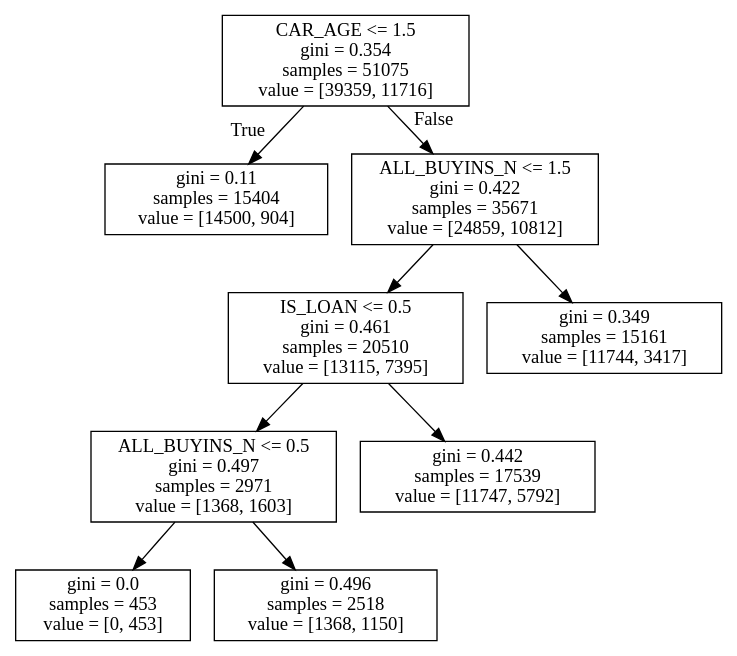
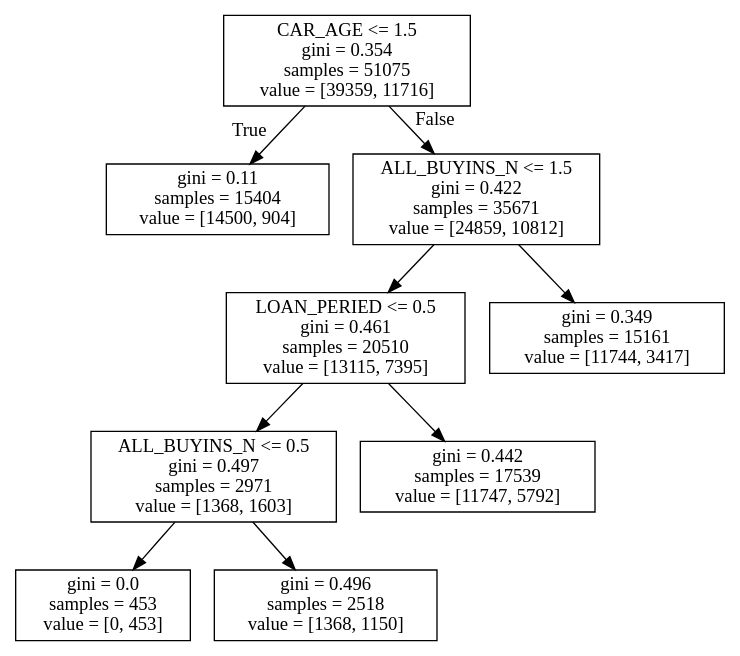
The diagram in tree.dot (fralychen/TianchiData), drawn with Graphviz before and after one commit. The commit also changed 7 other files, not shown here.

```diff
--- a/tree.dot
+++ b/tree.dot
@@ -1,20 +1,20 @@
 digraph Tree {
 node [shape=box] ;
 0 [label="CAR_AGE <= 1.5\ngini = 0.354\nsamples = 51075\nvalue = [39359, 11716]"] ;
 1 [label="gini = 0.11\nsamples = 15404\nvalue = [14500, 904]"] ;
 0 -> 1 [labeldistance=2.5, labelangle=45, headlabel="True"] ;
 2 [label="ALL_BUYINS_N <= 1.5\ngini = 0.422\nsamples = 35671\nvalue = [24859, 10812]"] ;
 0 -> 2 [labeldistance=2.5, labelangle=-45, headlabel="False"] ;
-3 [label="IS_LOAN <= 0.5\ngini = 0.461\nsamples = 20510\nvalue = [13115, 7395]"] ;
+3 [label="LOAN_PERIED <= 0.5\ngini = 0.461\nsamples = 20510\nvalue = [13115, 7395]"] ;
 2 -> 3 ;
 5 [label="ALL_BUYINS_N <= 0.5\ngini = 0.497\nsamples = 2971\nvalue = [1368, 1603]"] ;
 3 -> 5 ;
 7 [label="gini = 0.0\nsamples = 453\nvalue = [0, 453]"] ;
 5 -> 7 ;
 8 [label="gini = 0.496\nsamples = 2518\nvalue = [1368, 1150]"] ;
 5 -> 8 ;
 6 [label="gini = 0.442\nsamples = 17539\nvalue = [11747, 5792]"] ;
 3 -> 6 ;
 4 [label="gini = 0.349\nsamples = 15161\nvalue = [11744, 3417]"] ;
 2 -> 4 ;
 }
```
